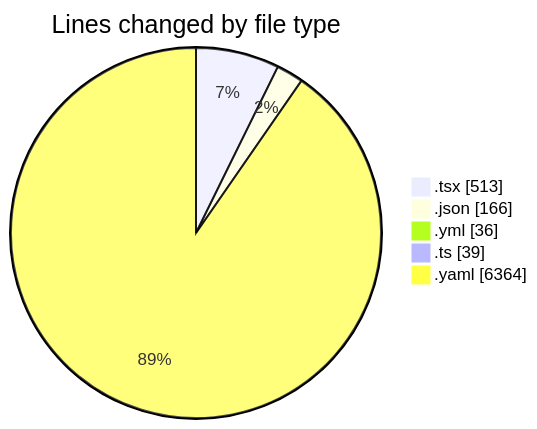
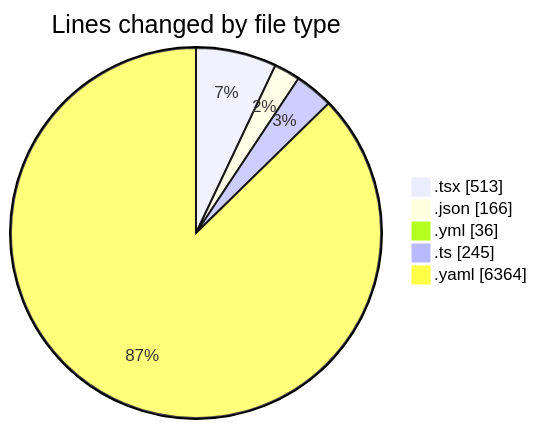
One commit to julien-gomy/code-tracking changed the first of 2 diagrams in 2025-11-27/eventscop-frontend-guide__workspace_/README.md. Above: the diagram before and after it, drawn with Mermaid. The commit also changed other lines of this file and 1 other file, not shown here.

````diff
--- a/2025-11-27/eventscop-frontend-guide__workspace_/README.md
+++ b/2025-11-27/eventscop-frontend-guide__workspace_/README.md
@@ -32,9 +34,9 @@
 ```mermaid
 pie showData
 title Lines changed by file type
 ".tsx" : 513
 ".json" : 166
 ".yml" : 36
-".ts" : 39
+".ts" : 245
 ".yaml" : 6364
 ```
````
